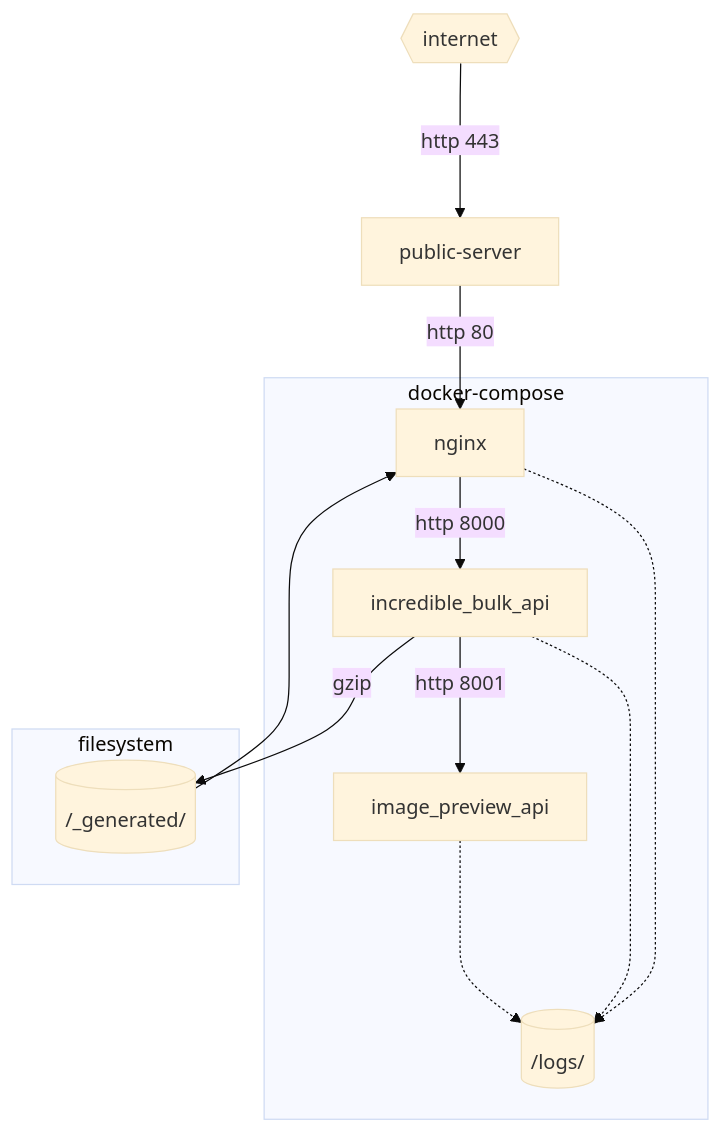
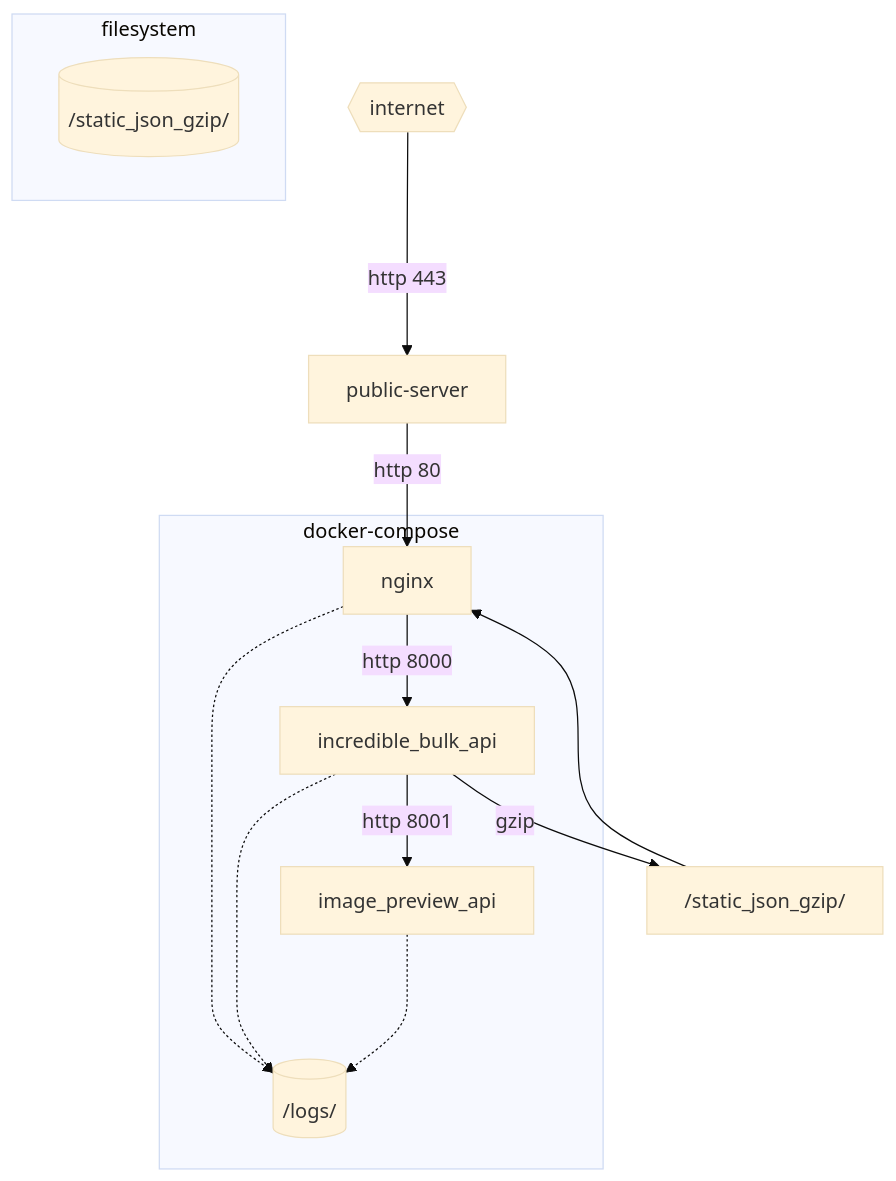
Before and after one commit to calaldees/incredibleBulkAPI: the diagram in README.md, drawn with Mermaid (base theme). The commit also changed other lines of this file and 9 other files, not shown here.

Commit message:
Renamed `_gererated` to `static_json_gzip`

````diff
--- a/README.md
+++ b/README.md
@@ -25,32 +25,32 @@
 ```mermaid
 graph TD
 
     %% external{{external-service}}
 
     internet{{internet}}
     internet -- http 443 ---> public-server --http 80--> nginx
 
     subgraph docker-compose [docker-compose]
         nginx
         incredible_bulk_api
         image_preview_api
 
         logs[(/logs/)]
         nginx ..-> logs
         incredible_bulk_api ..-> logs
         image_preview_api ..-> logs
 
         nginx -- http 8000 --> incredible_bulk_api
         incredible_bulk_api -- http 8001 --> image_preview_api
 
         %% incredible_bulk_api -- http json--> external
         %% image_preview_api -- http --> external
     end
 
     subgraph filesystem
-        /_generated_/[(/_generated/)]
+        /_static_json_gzip_/[(/static_json_gzip/)]
     end
 
-    /_generated_/ --> nginx
-    incredible_bulk_api -- gzip --> /_generated_/
+    /static_json_gzip/ --> nginx
+    incredible_bulk_api -- gzip --> /static_json_gzip/
 ```
````
